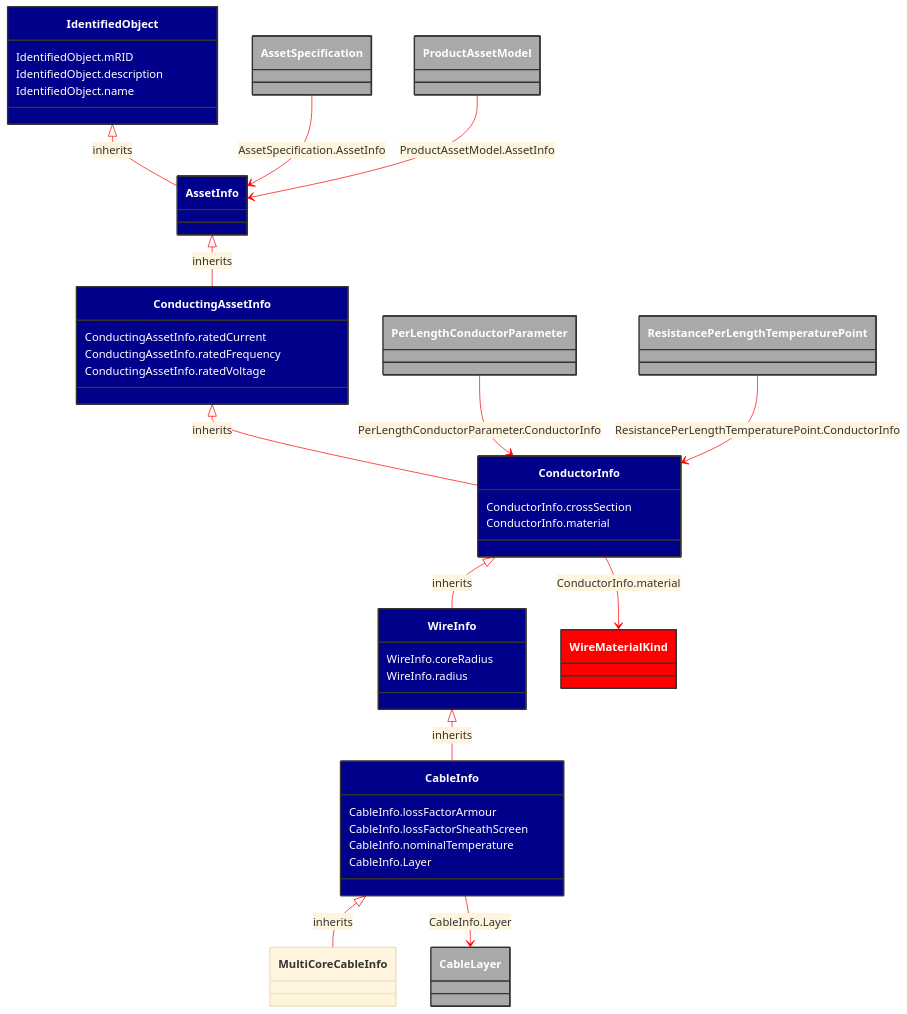
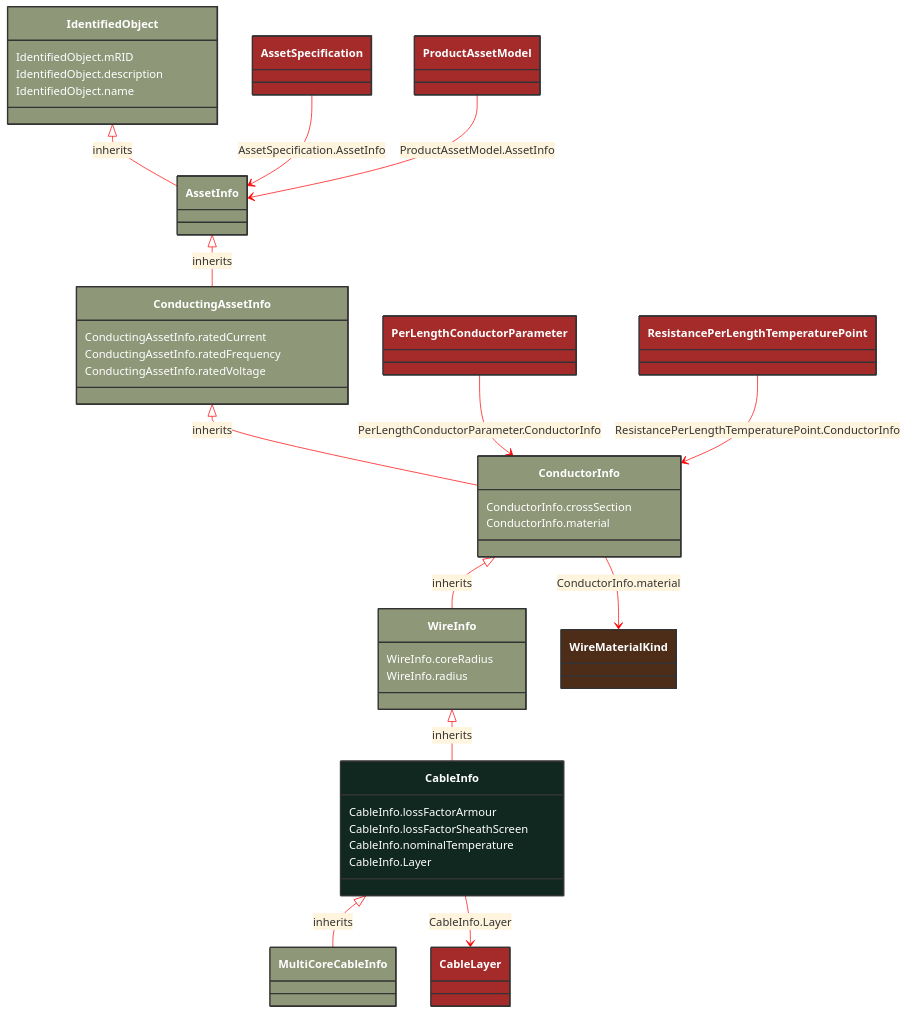
The diagram in docs/Models/Profiles/SubseaCableInfo/ConcreteClasses/CableInfo.md (3lbits/NoCIMExtensions), drawn with Mermaid before and after one commit. The commit also changed 190 other files, not shown here.

```diff
--- a/docs/Models/Profiles/SubseaCableInfo/ConcreteClasses/CableInfo.md
+++ b/docs/Models/Profiles/SubseaCableInfo/ConcreteClasses/CableInfo.md
@@ -10,71 +10,69 @@
 classDiagram
     class CableInfo
     click CableInfo href "/Models/Profiles/SubseaCableInfo/ConcreteClasses/CableInfo/"
-    style CableInfo fill:#006400,stroke:#333,stroke-width:2px,rx:10,ry:10,color:white
+    style CableInfo fill:#102820,stroke:#333,stroke-width:2px,rx:10,ry:10,color:white
 
         CableInfo <|-- MultiCoreCableInfo : inherits
-            click CableInfo href "/Models/Profiles/SubseaCableInfo/ConcreteClasses/CableInfo/"
-            style CableInfo fill:#00008B,stroke:#333,stroke-width:2px,rx:10,ry:10,color:white
 
         MultiCoreCableInfo
             click MultiCoreCableInfo href "/Models/Profiles/SubseaCableInfo/ConcreteClasses/MultiCoreCableInfo/"
-            style CableInfo fill:#00008B,stroke:#333,stroke-width:2px,rx:10,ry:10,color:white
-
+            style MultiCoreCableInfo fill:#8F9779,stroke:#333,stroke-width:2px,rx:10,ry:10,color:white
+     
         WireInfo <|-- CableInfo : inherits
             click WireInfo href "/Models/Profiles/SubseaCableInfo/AbstractClasses/WireInfo/"
-            style WireInfo fill:#00008B,stroke:#333,stroke-width:2px,rx:10,ry:10,color:white
-
+            style WireInfo fill:#8F9779,stroke:#333,stroke-width:2px,rx:10,ry:10,color:white
+     
         ConductorInfo <|-- WireInfo : inherits
             click ConductorInfo href "/Models/Profiles/SubseaCableInfo/AbstractClasses/ConductorInfo/"
-            style ConductorInfo fill:#00008B,stroke:#333,stroke-width:2px,rx:10,ry:10,color:white
-
+            style ConductorInfo fill:#8F9779,stroke:#333,stroke-width:2px,rx:10,ry:10,color:white
+     
         ConductingAssetInfo <|-- ConductorInfo : inherits
             click ConductingAssetInfo href "/Models/Profiles/SubseaCableInfo/AbstractClasses/ConductingAssetInfo/"
-            style ConductingAssetInfo fill:#00008B,stroke:#333,stroke-width:2px,rx:10,ry:10,color:white
-
+            style ConductingAssetInfo fill:#8F9779,stroke:#333,stroke-width:2px,rx:10,ry:10,color:white
+     
         AssetInfo <|-- ConductingAssetInfo : inherits
             click AssetInfo href "/Models/Profiles/SubseaCableInfo/AbstractClasses/AssetInfo/"
-            style AssetInfo fill:#00008B,stroke:#333,stroke-width:2px,rx:10,ry:10,color:white
-
+            style AssetInfo fill:#8F9779,stroke:#333,stroke-width:2px,rx:10,ry:10,color:white
+     
         IdentifiedObject <|-- AssetInfo : inherits
             click IdentifiedObject href "/Models/Profiles/SubseaCableInfo/AbstractClasses/IdentifiedObject/"
-            style IdentifiedObject fill:#00008B,stroke:#333,stroke-width:2px,rx:10,ry:10,color:white
+            style IdentifiedObject fill:#8F9779,stroke:#333,stroke-width:2px,rx:10,ry:10,color:white
 
         CableInfo --> CableLayer : CableInfo.Layer
 
         CableLayer
             click CableLayer href "/Models/Profiles/SubseaCableInfo/AbstractClasses/CableLayer/"
-            style CableLayer fill:#A9A9A9,stroke:#333,stroke-width:2px,rx:10,ry:10,color:white
+            style CableLayer fill:#A52A2A,stroke:#333,stroke-width:2px,rx:10,ry:10,color:white
 
         AssetSpecification --> AssetInfo : AssetSpecification.AssetInfo
 
         AssetSpecification
             click AssetSpecification href "/Models/Profiles/SubseaCableInfo/ConcreteClasses/AssetSpecification/"
-            style AssetSpecification fill:#A9A9A9,stroke:#333,stroke-width:2px,rx:10,ry:10,color:white
+            style AssetSpecification fill:#A52A2A,stroke:#333,stroke-width:2px,rx:10,ry:10,color:white
 
         PerLengthConductorParameter --> ConductorInfo : PerLengthConductorParameter.ConductorInfo
 
         PerLengthConductorParameter
             click PerLengthConductorParameter href "/Models/Profiles/SubseaCableInfo/AbstractClasses/PerLengthConductorParameter/"
-            style PerLengthConductorParameter fill:#A9A9A9,stroke:#333,stroke-width:2px,rx:10,ry:10,color:white
+            style PerLengthConductorParameter fill:#A52A2A,stroke:#333,stroke-width:2px,rx:10,ry:10,color:white
 
         ProductAssetModel --> AssetInfo : ProductAssetModel.AssetInfo
 
         ProductAssetModel
             click ProductAssetModel href "/Models/Profiles/SubseaCableInfo/ConcreteClasses/ProductAssetModel/"
-            style ProductAssetModel fill:#A9A9A9,stroke:#333,stroke-width:2px,rx:10,ry:10,color:white
+            style ProductAssetModel fill:#A52A2A,stroke:#333,stroke-width:2px,rx:10,ry:10,color:white
 
         ResistancePerLengthTemperaturePoint --> ConductorInfo : ResistancePerLengthTemperaturePoint.ConductorInfo
 
         ResistancePerLengthTemperaturePoint
             click ResistancePerLengthTemperaturePoint href "/Models/Profiles/SubseaCableInfo/ConcreteClasses/ResistancePerLengthTemperaturePoint/"
-            style ResistancePerLengthTemperaturePoint fill:#A9A9A9,stroke:#333,stroke-width:2px,rx:10,ry:10,color:white
+            style ResistancePerLengthTemperaturePoint fill:#A52A2A,stroke:#333,stroke-width:2px,rx:10,ry:10,color:white
 
         ConductorInfo --> WireMaterialKind : ConductorInfo.material
 
         WireMaterialKind
             click WireMaterialKind href "/Models/Profiles/SubseaCableInfo/Enumerations/WireMaterialKind/"
-            style WireMaterialKind fill:#FF0000,stroke:#333,stroke-width:2px,rx:10,ry:10,color:white
+            style WireMaterialKind fill:#4D2D18,stroke:#333,stroke-width:2px,rx:10,ry:10,color:white
 
         CableInfo : CableInfo.lossFactorArmour
         CableInfo : CableInfo.lossFactorSheathScreen
```
